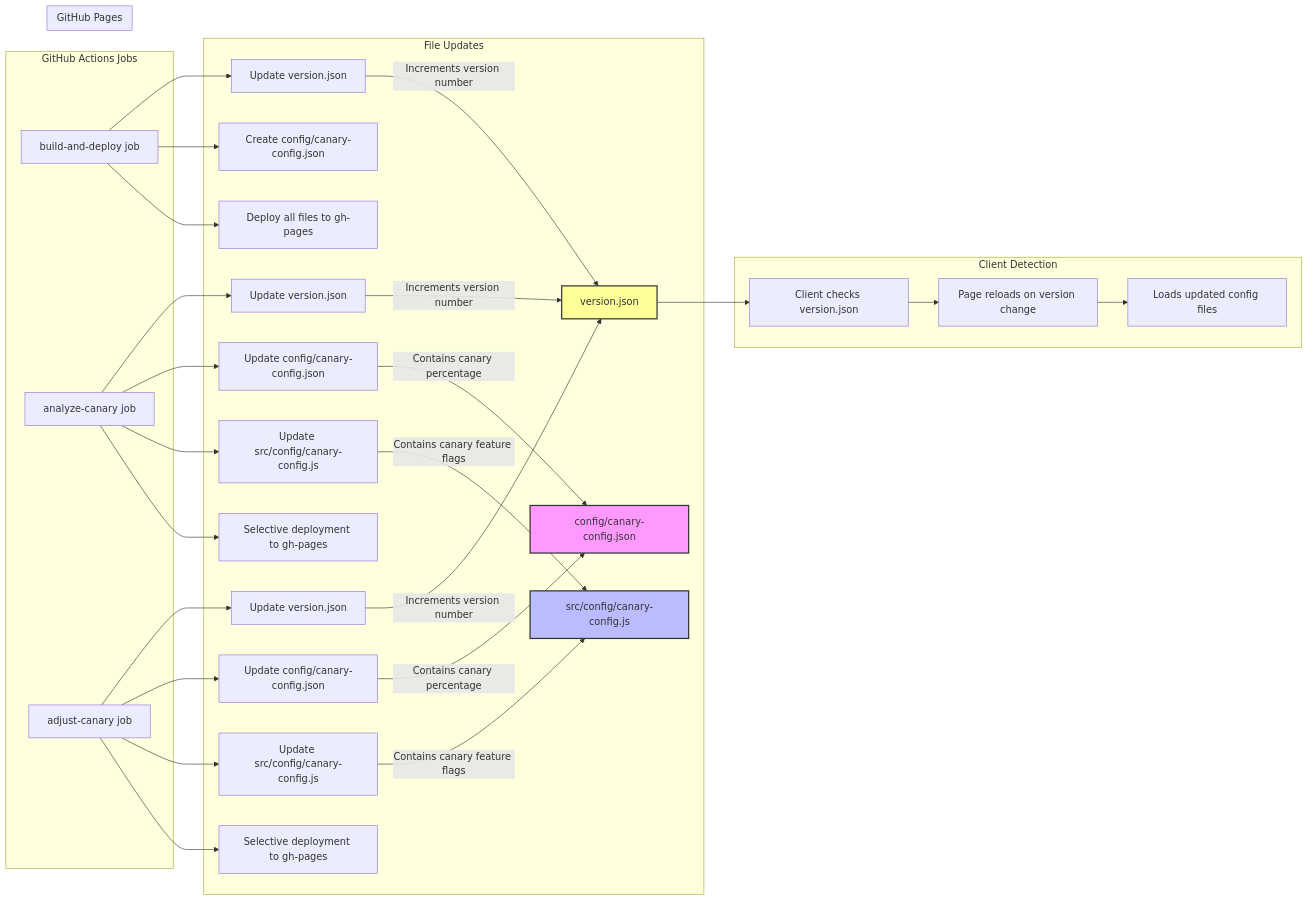
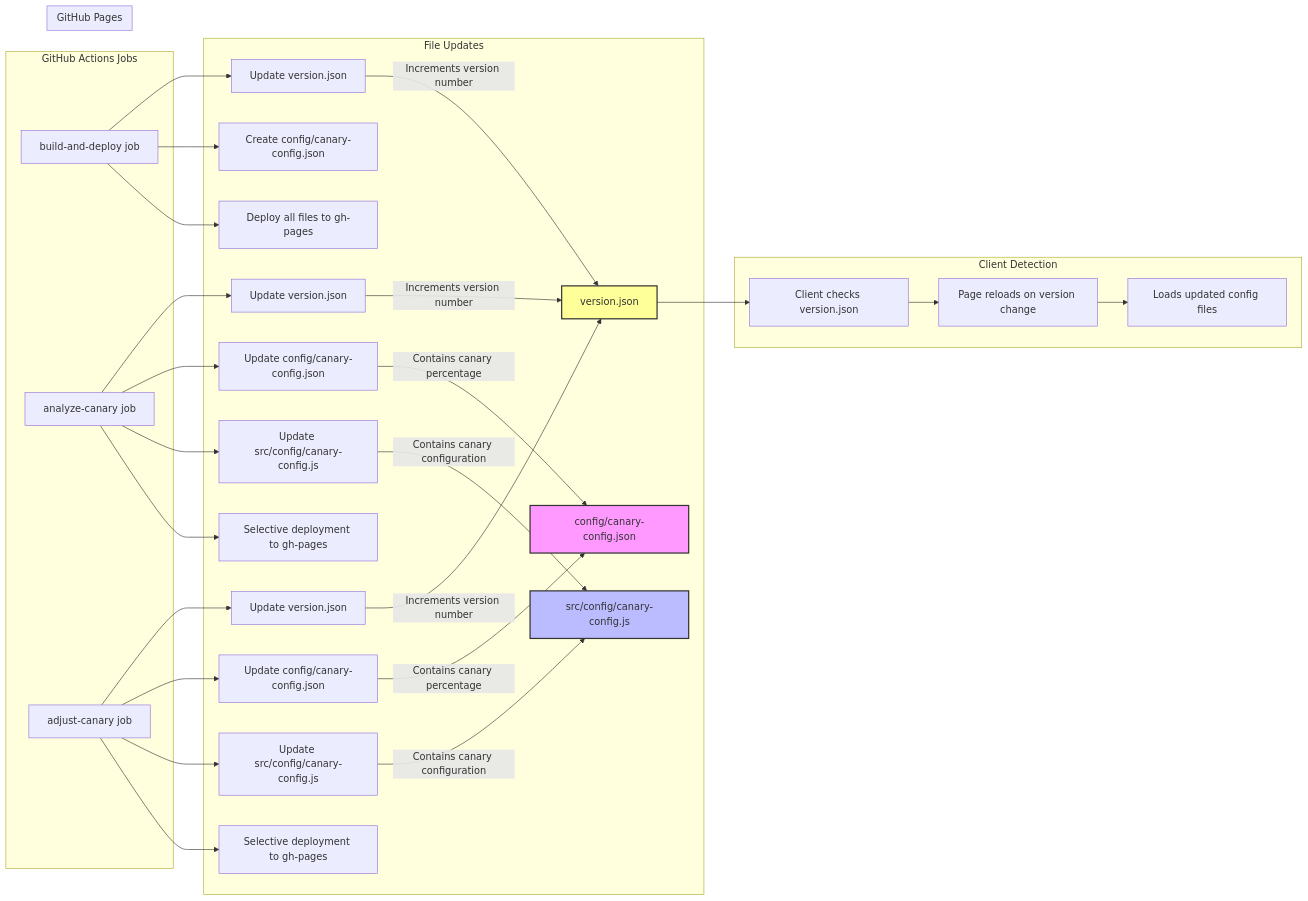
Before and after one commit to lloydchang/client-side-canary-deployment: the first of 2 diagrams in docs/WORKFLOWS.md, drawn with Mermaid. The commit also changed 4 other files, not shown here.

````diff
--- a/docs/WORKFLOWS.md
+++ b/docs/WORKFLOWS.md
@@ -130,48 +130,48 @@
 ```mermaid
 flowchart LR
     subgraph "GitHub Actions Jobs"
         A["build-and-deploy job"]
         B["analyze-canary job"]
         C["adjust-canary job"]
     end
     
     subgraph "File Updates"
         A --> A1[Update version.json]
         A --> A2[Create config/canary-config.json]
         A --> A3[Deploy all files to gh-pages]
         
         B --> B1[Update version.json]
         B --> B2[Update config/canary-config.json]
         B --> B3[Update src/config/canary-config.js]
         B --> B4[Selective deployment to gh-pages]
         
         C --> C1[Update version.json]
         C --> C2[Update config/canary-config.json]
         C --> C3[Update src/config/canary-config.js]
         C --> C4[Selective deployment to gh-pages]
         
         B2 --"Contains canary percentage"--> Config
         C2 --"Contains canary percentage"--> Config
-        B3 --"Contains canary feature flags"--> JSConfig
-        C3 --"Contains canary feature flags"--> JSConfig
+        B3 --"Contains canary configuration"--> JSConfig
+        C3 --"Contains canary configuration"--> JSConfig
         A1 --"Increments version number"--> Version
         B1 --"Increments version number"--> Version
         C1 --"Increments version number"--> Version
     end
     
     subgraph "GitHub Pages"
         Config[config/canary-config.json]
         JSConfig[src/config/canary-config.js]
         Version[version.json]
     end
     
     subgraph "Client Detection"
         Version --> CheckVersion["Client checks version.json"]
         CheckVersion --> Reload["Page reloads on version change"]
         Reload --> LoadConfig["Loads updated config files"]
     end
     
     style Config fill:#f9f,stroke:#333,stroke-width:2px
     style JSConfig fill:#bbf,stroke:#333,stroke-width:2px
     style Version fill:#ff9,stroke:#333,stroke-width:2px
 ```
````
